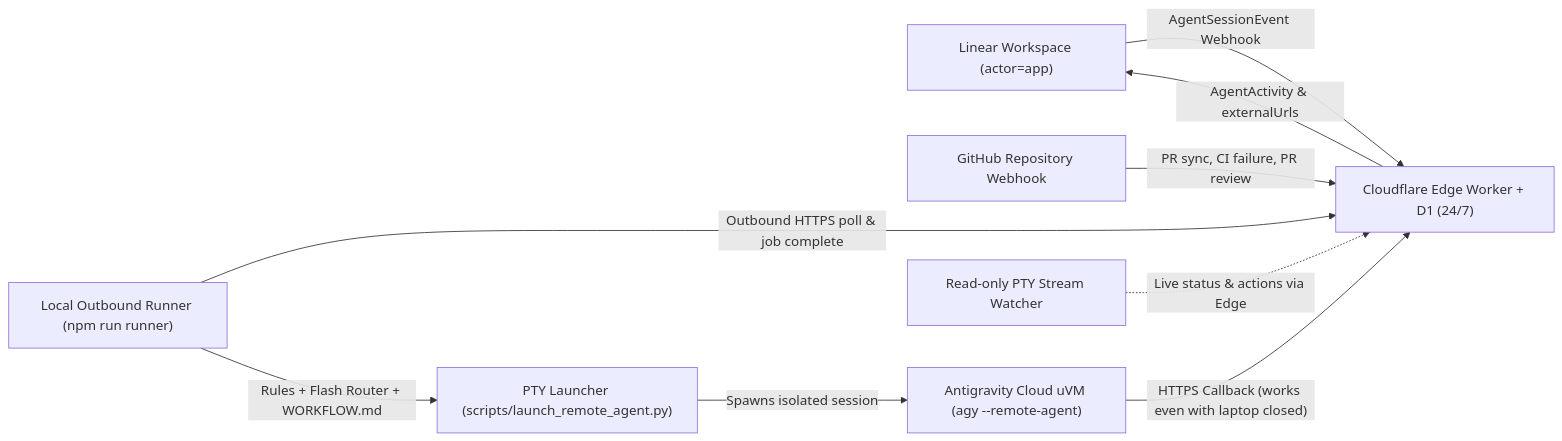
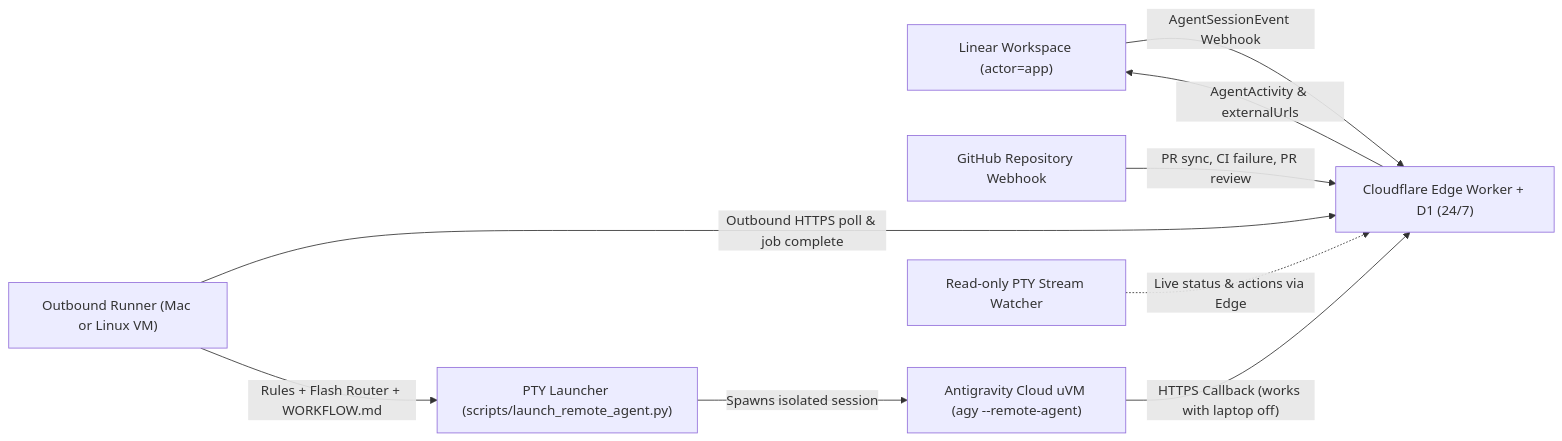
One commit to anilpixel/agy-linear-bridge changed the diagram in README.md. Above: the diagram before and after it, drawn with Mermaid. The commit also changed other lines of this file and 1 other file, not shown here.

Commit message:
docs(readme): rewrite step-by-step deployment guide for Edge + VM/local Runner

````diff
--- a/README.md
+++ b/README.md
@@ -12,11 +12,11 @@
 ```mermaid
 flowchart LR
   Linear["Linear Workspace (actor=app)"] -->|"AgentSessionEvent Webhook"| Edge["Cloudflare Edge Worker + D1 (24/7)"]
   GitHub["GitHub Repository Webhook"] -->|"PR sync, CI failure, PR review"| Edge
-  Runner["Local Outbound Runner (npm run runner)"] -->|"Outbound HTTPS poll & job complete"| Edge
+  Runner["Outbound Runner (Mac or Linux VM)"] -->|"Outbound HTTPS poll & job complete"| Edge
   Runner -->|"Rules + Flash Router + WORKFLOW.md"| Launcher["PTY Launcher (scripts/launch_remote_agent.py)"]
   Launcher -->|"Spawns isolated session"| Agy["Antigravity Cloud uVM (agy --remote-agent)"]
-  Agy -->|"HTTPS Callback (works even with laptop closed)"| Edge
+  Agy -->|"HTTPS Callback (works with laptop off)"| Edge
   Watcher["Read-only PTY Stream Watcher"] -.->|"Live status & actions via Edge"| Edge
   Edge -->|"AgentActivity & externalUrls"| Linear
 ```
````
